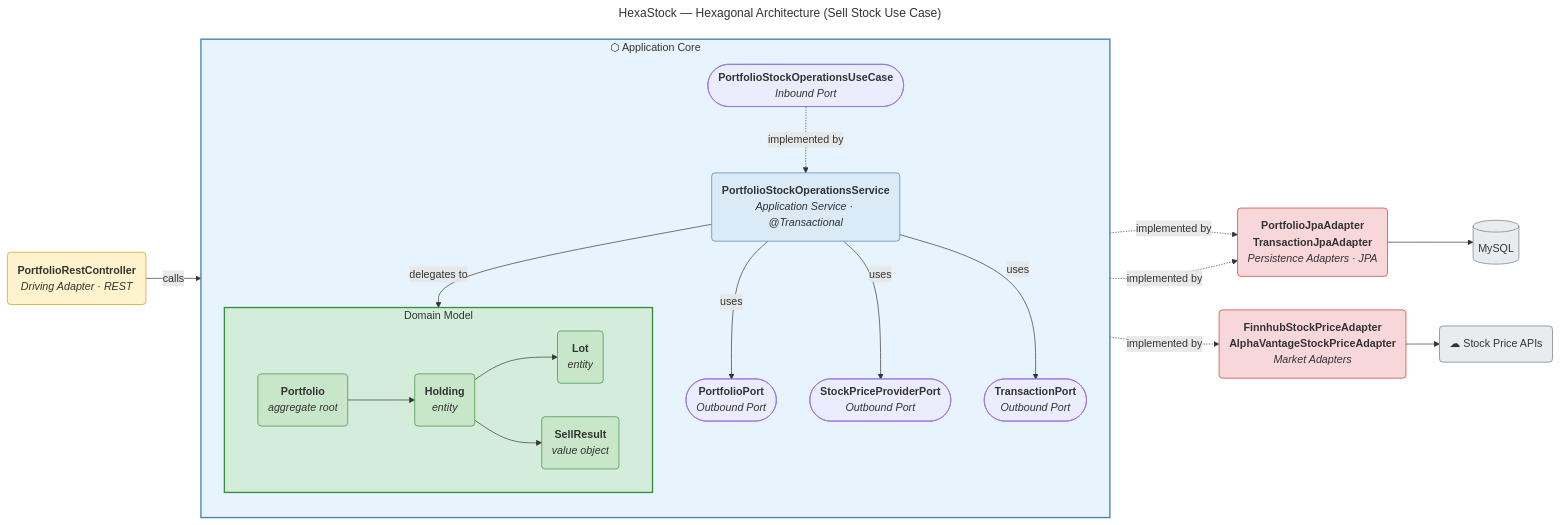
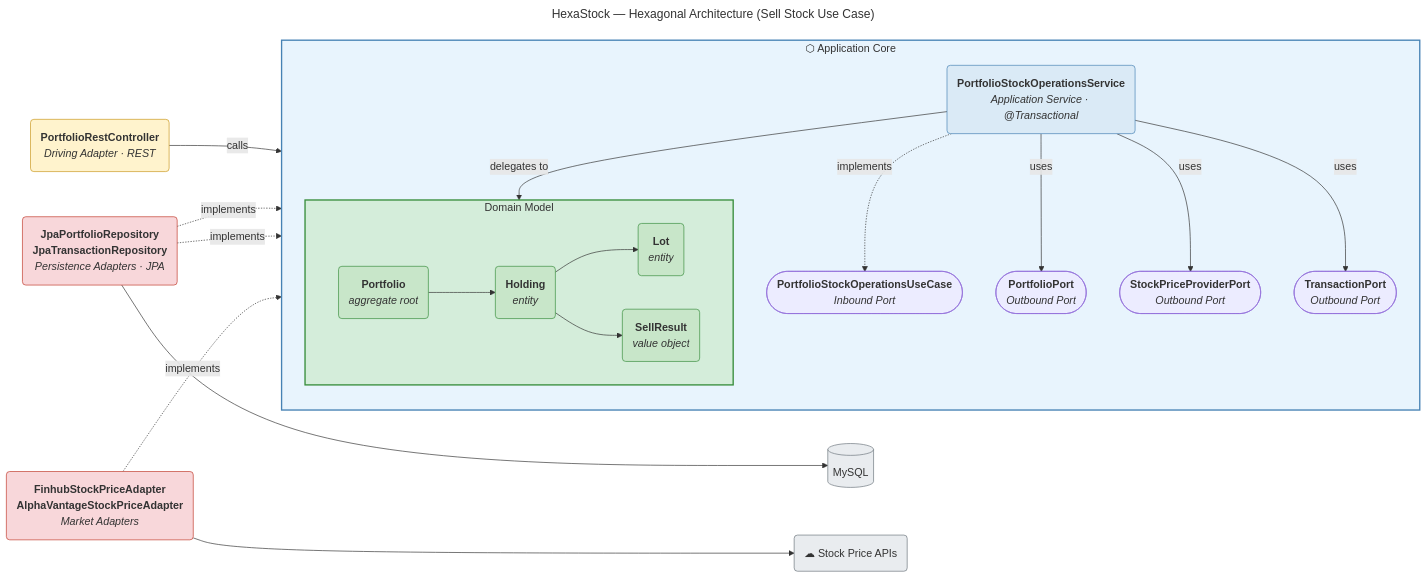
Before and after one commit to alfredorueda/HexaStock: the diagram in doc/tutorial/sellStocks/diagrams/hexastock-hexagonal-architecture-mermaid.md, drawn with Mermaid. The commit also changed other lines of this file and 4 other files, not shown here.

Commit message:
docs: correct diagram maintenance, demo evidence, and license links

````diff
--- a/doc/tutorial/sellStocks/diagrams/hexastock-hexagonal-architecture-mermaid.md
+++ b/doc/tutorial/sellStocks/diagrams/hexastock-hexagonal-architecture-mermaid.md
@@ -7,64 +7,64 @@
 ```mermaid
 ---
 title: "HexaStock — Hexagonal Architecture (Sell Stock Use Case)"
 ---
 flowchart LR
     %% ── Color scheme (matches PlantUML version) ──
     classDef driving fill:#FFF3CD,stroke:#C9971C,color:#333
     classDef svcNode fill:#DAEAF6,stroke:#4682B4,color:#333
     classDef domNode fill:#C8E6C9,stroke:#388E3C,color:#333
     classDef driven fill:#F8D7DA,stroke:#C0392B,color:#333
     classDef infraNode fill:#E9ECEF,stroke:#6C757D,color:#333
 
     %% ── LEFT: Driving Adapter ──
     ctrl("<b>PortfolioRestController</b><br/><i>Driving Adapter · REST</i>"):::driving
 
     %% ── CENTER: Application Core (the hexagon) ──
     subgraph core["⬡  Application Core"]
         direction TB
 
         inPort(["<b>PortfolioStockOperationsUseCase</b><br/><i>Inbound Port</i>"])
 
         svc("<b>PortfolioStockOperationsService</b><br/><i>Application Service · @Transactional</i>"):::svcNode
 
         subgraph domain["Domain Model"]
             direction LR
             portfolio("<b>Portfolio</b><br/><i>aggregate root</i>"):::domNode
             holding("<b>Holding</b><br/><i>entity</i>"):::domNode
             lot("<b>Lot</b><br/><i>entity</i>"):::domNode
             sellResult("<b>SellResult</b><br/><i>value object</i>"):::domNode
         end
 
         outPort1(["<b>PortfolioPort</b><br/><i>Outbound Port</i>"])
         outPort2(["<b>StockPriceProviderPort</b><br/><i>Outbound Port</i>"])
         outPort3(["<b>TransactionPort</b><br/><i>Outbound Port</i>"])
     end
 
     %% ── RIGHT: Driven Adapters ──
-    persist("<b>PortfolioJpaAdapter</b><br/><b>TransactionJpaAdapter</b><br/><i>Persistence Adapters · JPA</i>"):::driven
-    market("<b>FinnhubStockPriceAdapter</b><br/><b>AlphaVantageStockPriceAdapter</b><br/><i>Market Adapters</i>"):::driven
+    persist("<b>JpaPortfolioRepository</b><br/><b>JpaTransactionRepository</b><br/><i>Persistence Adapters · JPA</i>"):::driven
+    market("<b>FinhubStockPriceAdapter</b><br/><b>AlphaVantageStockPriceAdapter</b><br/><i>Market Adapters</i>"):::driven
 
     %% ── FAR RIGHT: External Systems ──
     db[("MySQL")]:::infraNode
     apis("☁ Stock Price APIs"):::infraNode
 
     %% ── Wiring: all dependencies point inward ──
     ctrl -- "calls" --> inPort
-    inPort -. "implemented by" .-> svc
+    svc -. "implements" .-> inPort
     svc -- "delegates to" --> portfolio
     portfolio --> holding
     holding --> lot
     holding --> sellResult
     svc -- "uses" --> outPort1
     svc -- "uses" --> outPort2
     svc -- "uses" --> outPort3
-    outPort1 -. "implemented by" .-> persist
-    outPort3 -. "implemented by" .-> persist
-    outPort2 -. "implemented by" .-> market
+    persist -. "implements" .-> outPort1
+    persist -. "implements" .-> outPort3
+    market -. "implements" .-> outPort2
     persist --> db
     market --> apis
 
     %% ── Subgraph styling ──
     style core fill:#E8F4FD,stroke:#4682B4,stroke-width:2px,color:#333
     style domain fill:#D4EDDA,stroke:#388E3C,stroke-width:2px,color:#333
 ```
````
